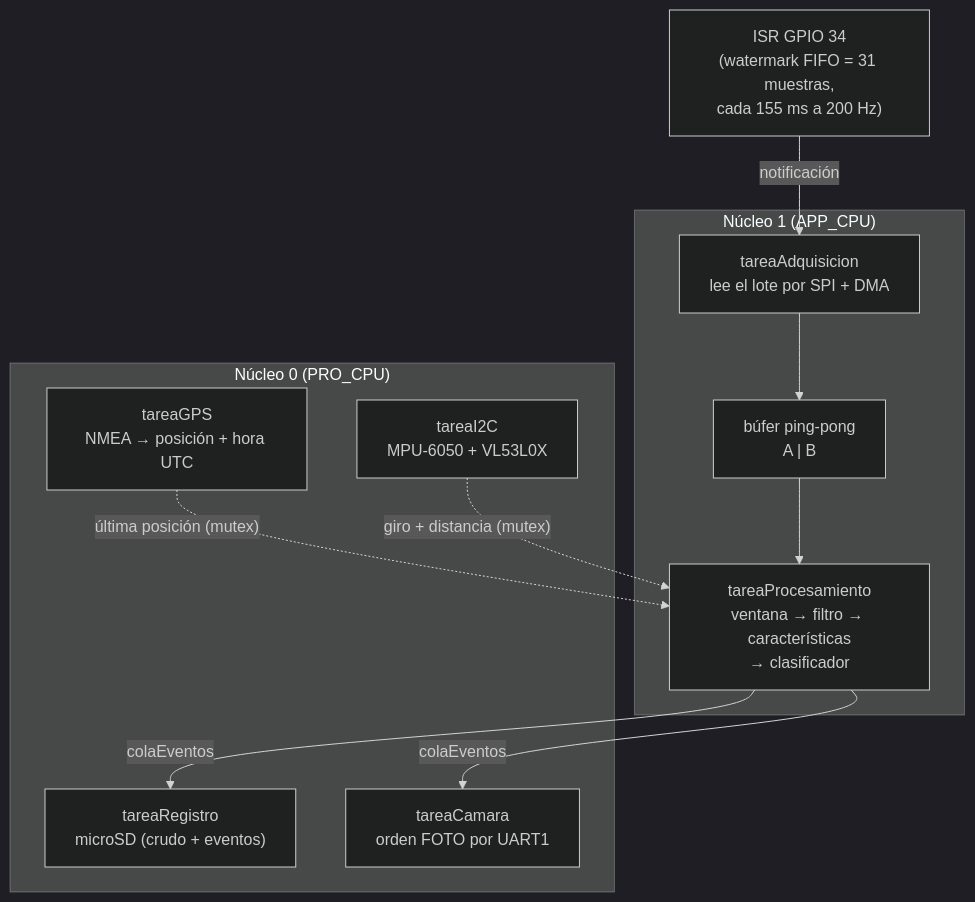
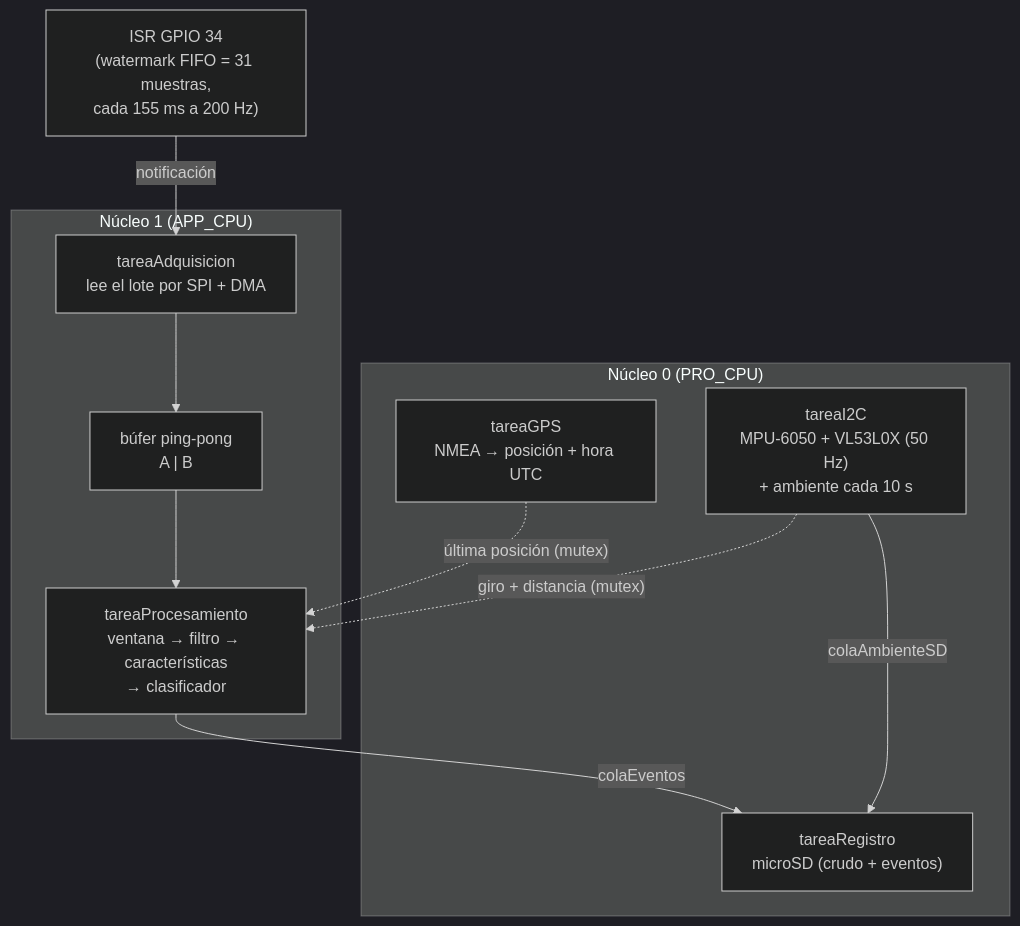
One commit to via-viva-usta/via-viva changed the second of 3 diagrams in docs/diagramas/01_arquitectura.md. Above: the diagram before and after it, drawn with Mermaid (dark theme). The commit also changed other lines of this file and 5 other files, not shown here.

````diff
--- a/docs/diagramas/01_arquitectura.md
+++ b/docs/diagramas/01_arquitectura.md
@@ -60,18 +67,17 @@
 ```mermaid
 flowchart TB
     INT["ISR GPIO 34<br/>(watermark FIFO = 31 muestras,<br/>cada 155 ms a 200 Hz)"] -- "notificación" --> TA
     subgraph N1["Núcleo 1 (APP_CPU)"]
         TA["tareaAdquisicion<br/>lee el lote por SPI + DMA"] --> PP["búfer ping-pong<br/>A | B"]
         PP --> TP["tareaProcesamiento<br/>ventana → filtro → características<br/>→ clasificador"]
     end
     subgraph N0["Núcleo 0 (PRO_CPU)"]
         TG["tareaGPS<br/>NMEA → posición + hora UTC"]
         TS["tareaRegistro<br/>microSD (crudo + eventos)"]
-        TC["tareaCamara<br/>orden FOTO por UART1"]
-        TI["tareaI2C<br/>MPU-6050 + VL53L0X"]
+        TI["tareaI2C<br/>MPU-6050 + VL53L0X (50 Hz)<br/>+ ambiente cada 10 s"]
     end
     TP -- "colaEventos" --> TS
-    TP -- "colaEventos" --> TC
+    TI -- "colaAmbienteSD" --> TS
     TG -. "última posición (mutex)" .-> TP
     TI -. "giro + distancia (mutex)" .-> TP
 ```
````
